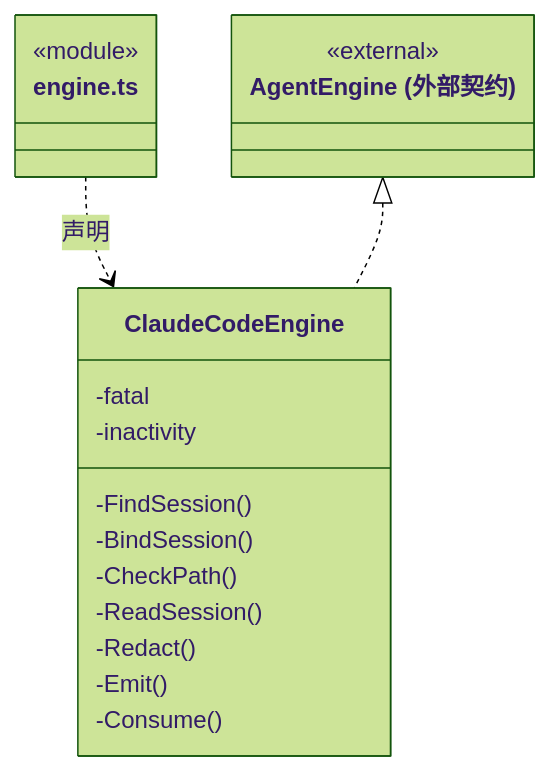
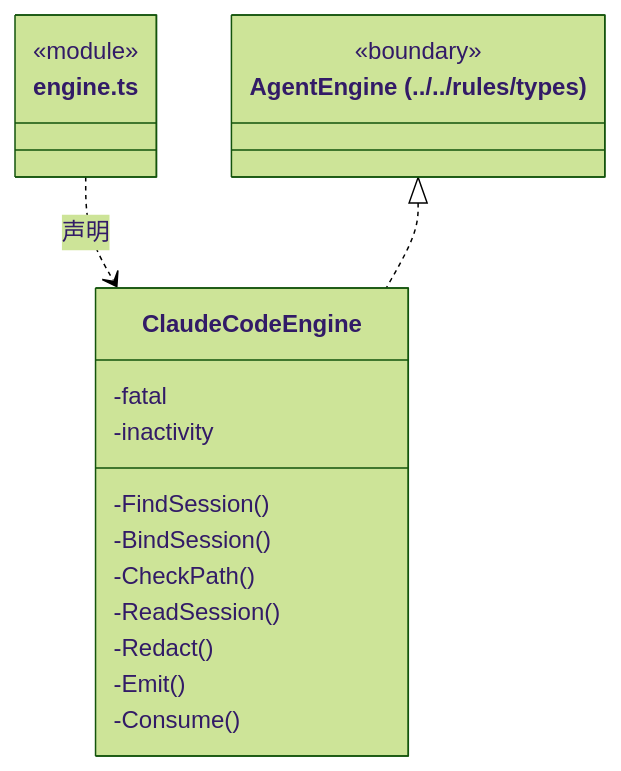
Before and after one commit to nan023062/cbim: the third of 7 diagrams in src/logic/execution/engines/claude/ARCHITECTURE.md, drawn with Mermaid (forest theme). The commit also changed other lines of this file and 112 other files, not shown here.

Commit message:
docs: align source architecture with current declarations and contracts

````diff
--- a/src/logic/execution/engines/claude/ARCHITECTURE.md
+++ b/src/logic/execution/engines/claude/ARCHITECTURE.md
@@ -159,22 +159,22 @@
 ```mermaid
 classDiagram
 class N_src_logic_execution_engines_claude_engine_ts["engine.ts"] {
   <<module>>
 }
 class N_src_logic_execution_engines_claude_engine_ts_ClaudeCodeEngine["ClaudeCodeEngine"] {
   -fatal
   -inactivity
   -FindSession()
   -BindSession()
   -CheckPath()
   -ReadSession()
   -Redact()
   -Emit()
   -Consume()
 }
 N_src_logic_execution_engines_claude_engine_ts ..> N_src_logic_execution_engines_claude_engine_ts_ClaudeCodeEngine : 声明
-class N_src_logic_execution_engines_claude_engine_ts_external_AgentEngine["AgentEngine (外部契约)"] {
-  <<external>>
+class N_src_logic_execution_engines_claude_engine_ts_external_AgentEngine["AgentEngine (../../rules/types)"] {
+  <<boundary>>
 }
 N_src_logic_execution_engines_claude_engine_ts_external_AgentEngine <|.. N_src_logic_execution_engines_claude_engine_ts_ClaudeCodeEngine
 ```
````
